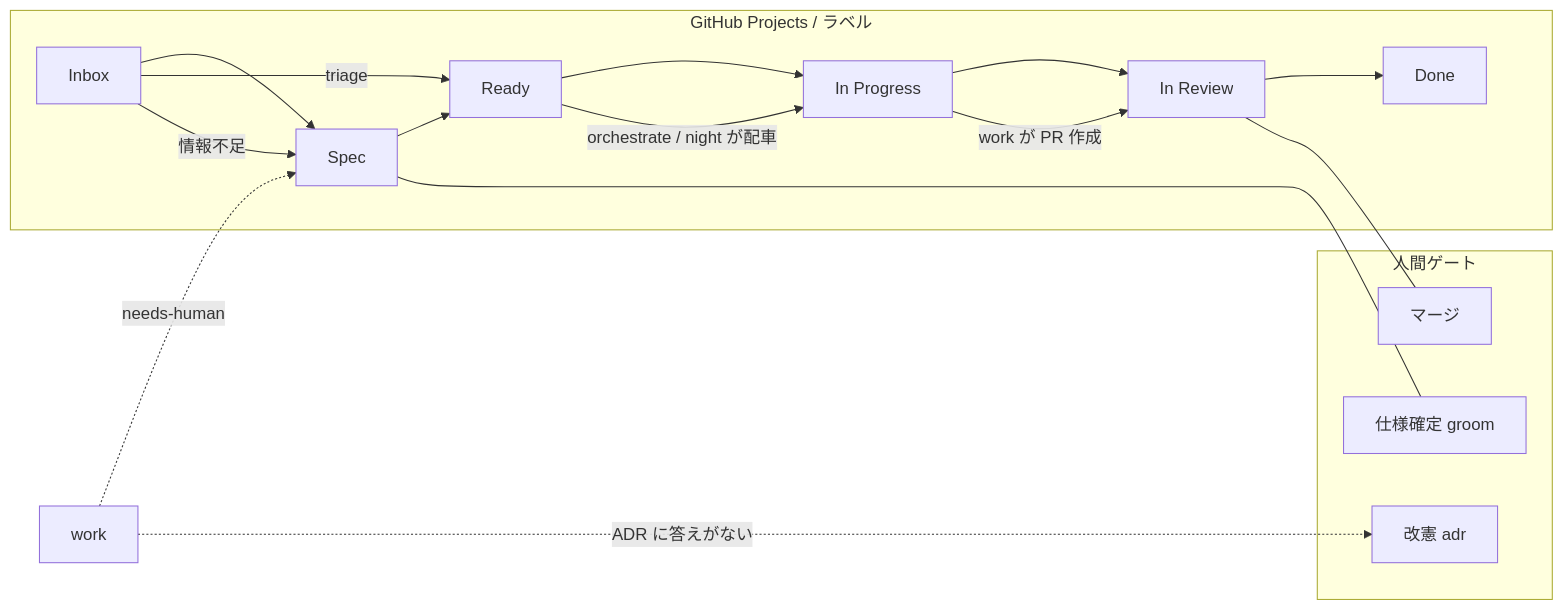
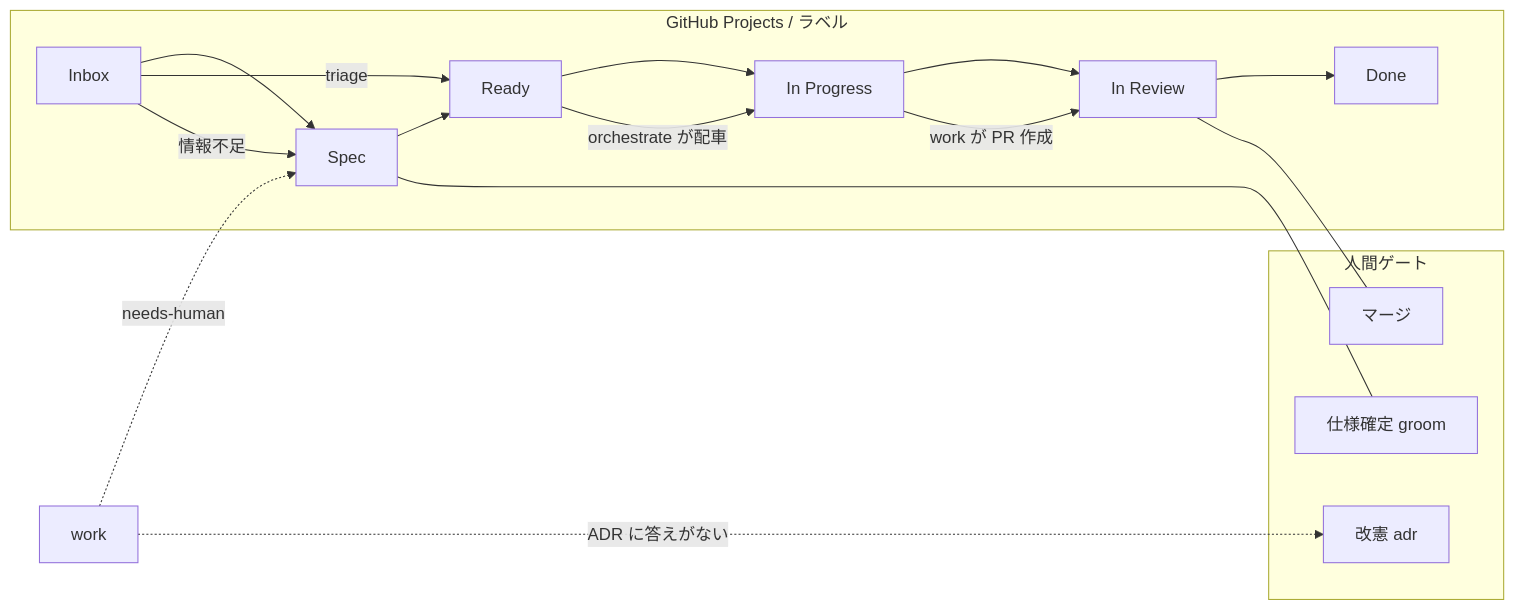
The diagram in plugins/factory/README.md (naito-7110/claude-plugins), drawn with Mermaid before and after one commit. The commit also changed other lines of this file and 38 other files, not shown here.

````diff
--- a/plugins/factory/README.md
+++ b/plugins/factory/README.md
@@ -21,19 +21,19 @@
 ```mermaid
 flowchart LR
     subgraph human[人間ゲート]
         G1[仕様確定 groom]
         G2[改憲 adr]
         G3[マージ]
     end
     subgraph board[GitHub Projects / ラベル]
         Inbox --> Spec --> Ready --> InProgress[In Progress] --> InReview[In Review] --> Done
     end
     Inbox -- triage --> Ready
     Inbox -- 情報不足 --> Spec
     Spec --- G1
-    Ready -- "orchestrate / night が配車" --> InProgress
+    Ready -- "orchestrate が配車" --> InProgress
     InProgress -- "work が PR 作成" --> InReview
     InReview --- G3
     work -. "ADR に答えがない" .-> G2
     work -. "needs-human" .-> Spec
 ```
````
